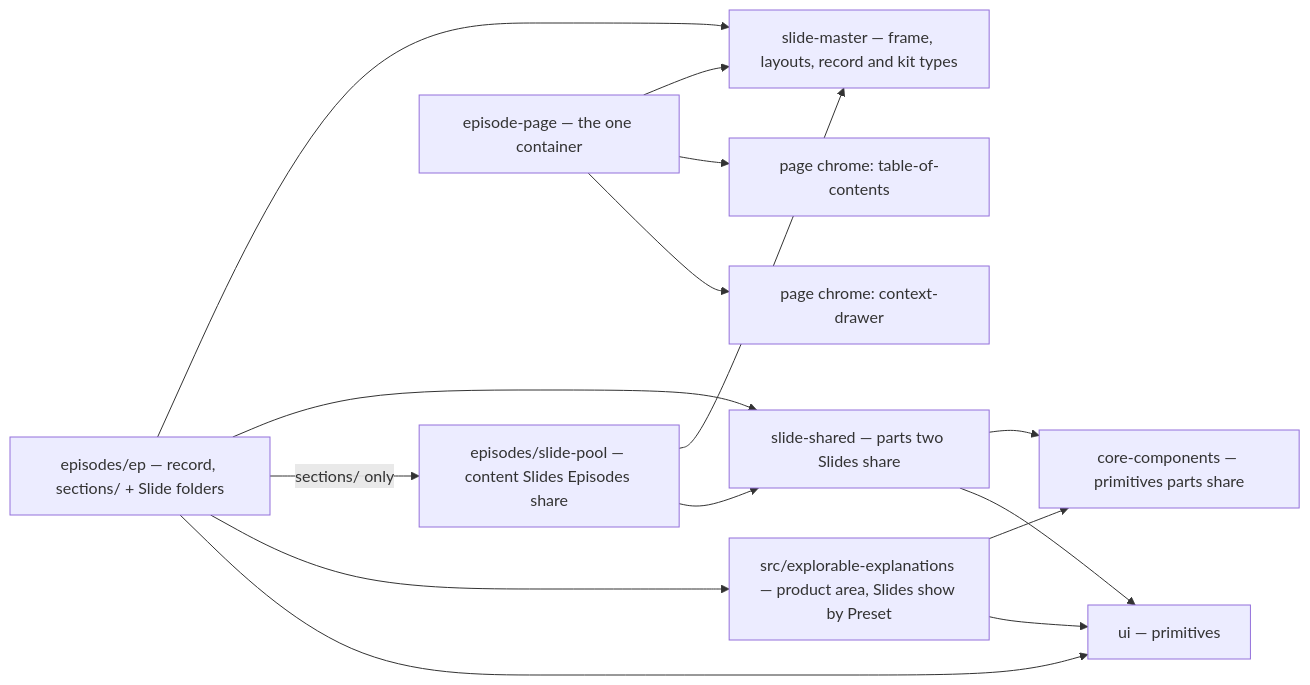
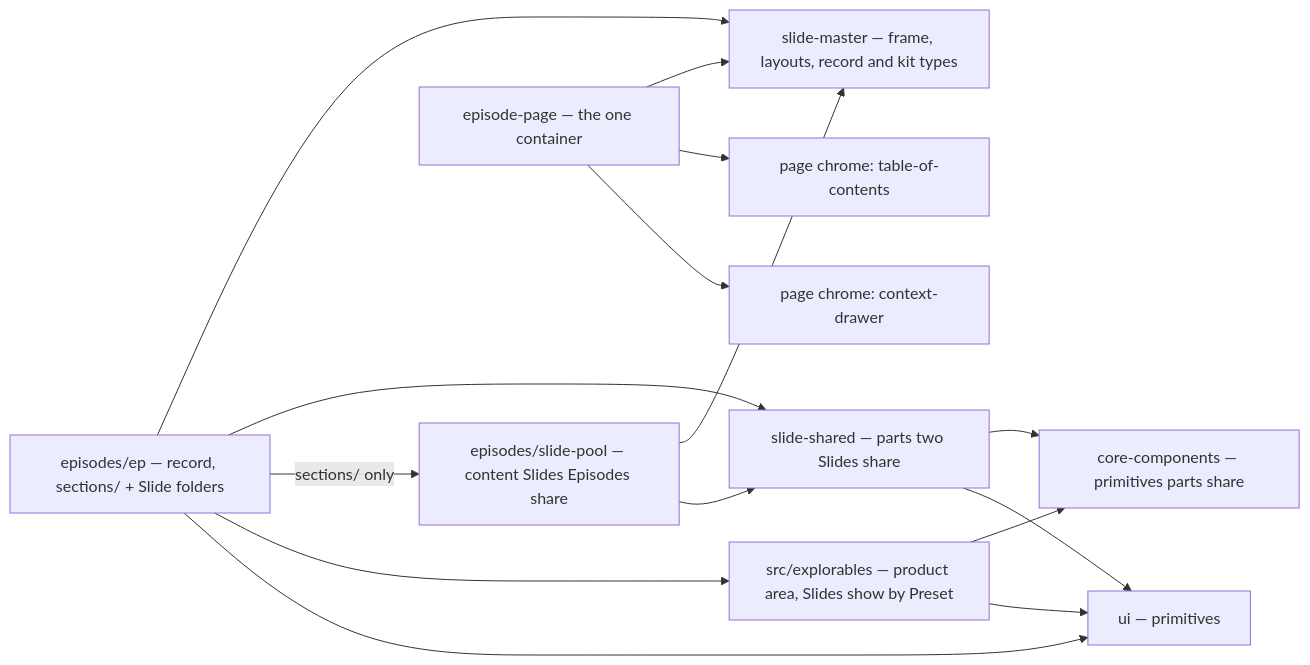
The second of 5 diagrams in .archgate/adrs/FE-004-slide-architecture.md (hancrafted/content-library), drawn with Mermaid before and after one commit. The commit also changed other lines of this file and 12 other files, not shown here.

First line of the commit message:
docs(adr): rename explorable-explanations to explorables in the Archgate ADRs

````diff
--- a/.archgate/adrs/FE-004-slide-architecture.md
+++ b/.archgate/adrs/FE-004-slide-architecture.md
@@ -54,17 +54,17 @@
 ```mermaid
 flowchart LR
   ep["episodes/ep — record, sections/ + Slide folders"] --> master["slide-master — frame, layouts, record and kit types"]
   ep --> shared["slide-shared — parts two Slides share"]
   ep -- "sections/ only" --> pool["episodes/slide-pool — content Slides Episodes share"]
   pool --> master
   pool --> shared
-  ep --> explain["src/explorable-explanations — product area, Slides show by Preset"]
+  ep --> explain["src/explorables — product area, Slides show by Preset"]
   explain --> core["core-components — primitives parts share"]
   explain --> ui
   shared --> core
   ep --> ui["ui — primitives"]
   shared --> ui
   container["episode-page — the one container"] --> master
   container --> toc["page chrome: table-of-contents"]
   container --> drawer["page chrome: context-drawer"]
 ```
````
